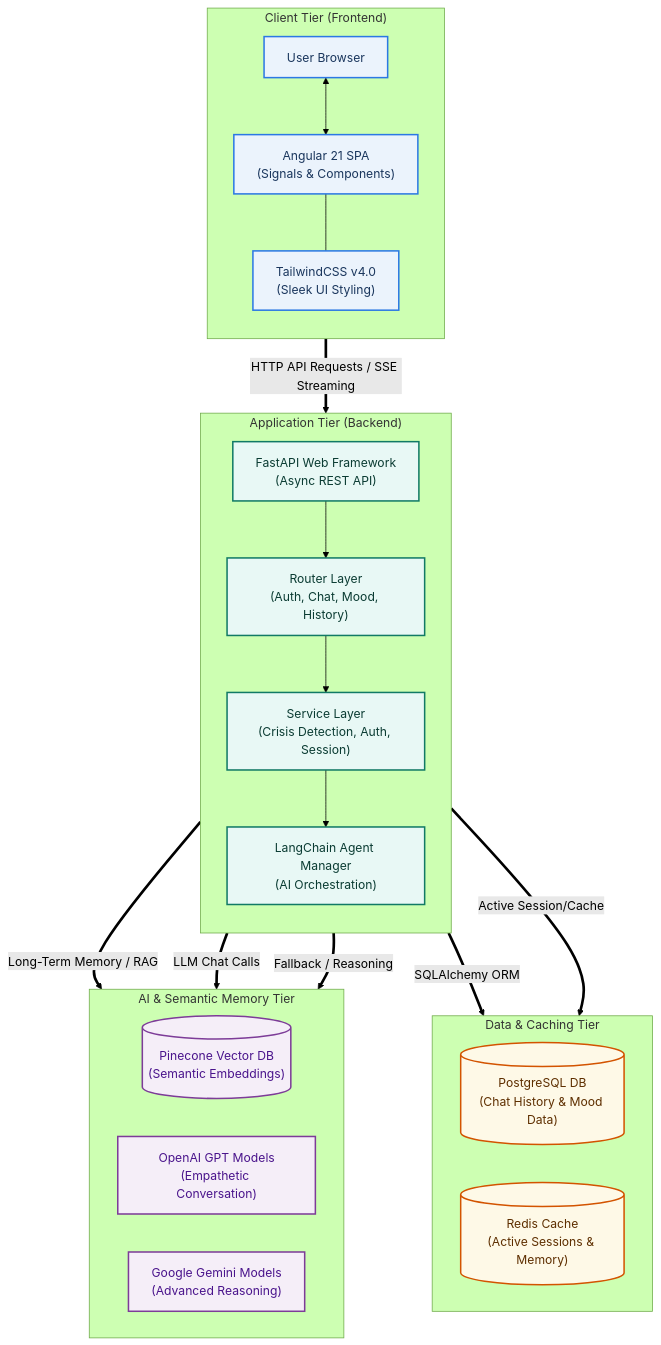
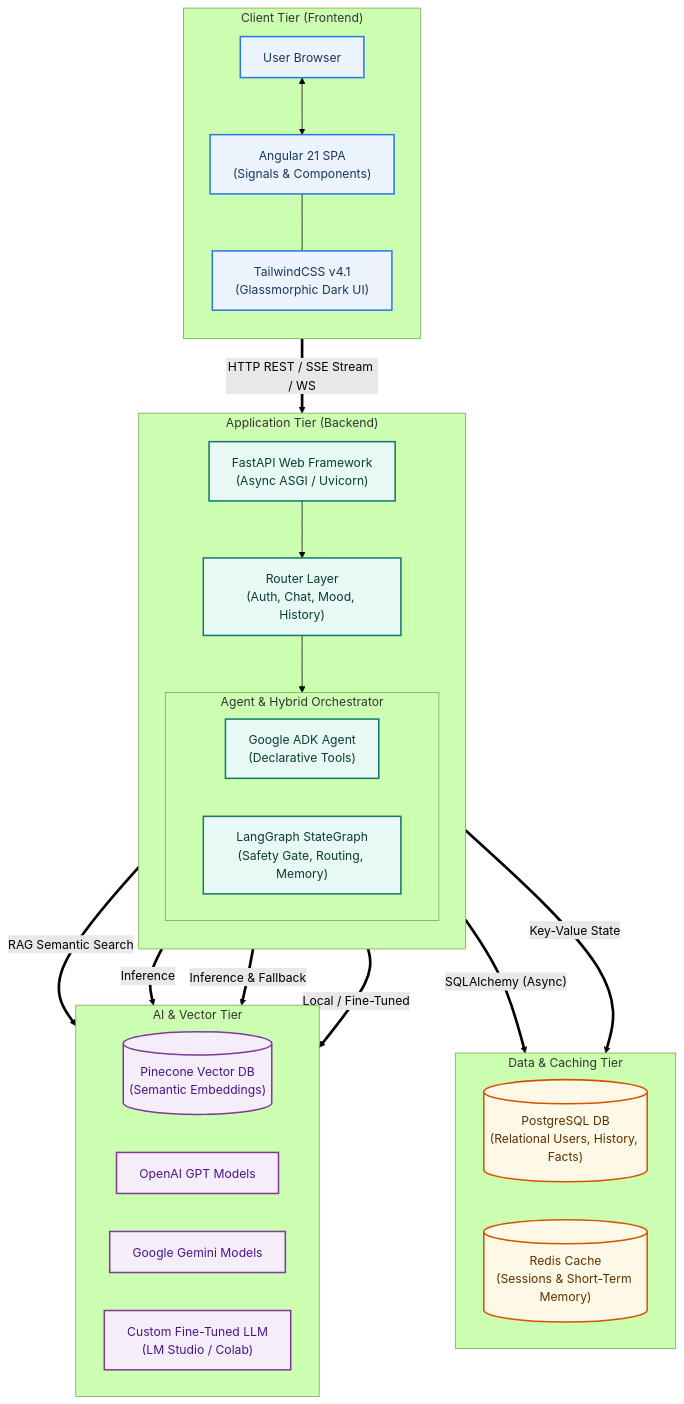
One commit to sandil2003/MOODZ changed the first of 2 diagrams in README.md. Above: the diagram before and after it, drawn with Mermaid (forest theme). The commit also changed other lines of this file, not shown here.

````diff
--- a/README.md
+++ b/README.md
@@ -67,60 +80,64 @@
 ```mermaid
 graph TB
     %% Client Tier
     subgraph ClientTier ["Client Tier (Frontend)"]
         direction TB
         Browser["User Browser"]
         AngularApp["Angular 21 SPA<br/>(Signals & Components)"]
-        Tailwind["TailwindCSS v4.0<br/>(Sleek UI Styling)"]
+        Tailwind["TailwindCSS v4.1<br/>(Glassmorphic Dark UI)"]
         
         Browser <--> AngularApp
         AngularApp --- Tailwind
     end
 
     %% Application Tier
     subgraph AppTier ["Application Tier (Backend)"]
         direction TB
-        FastAPI["FastAPI Web Framework<br/>(Async REST API)"]
+        FastAPI["FastAPI Web Framework<br/>(Async ASGI / Uvicorn)"]
         Router["Router Layer<br/>(Auth, Chat, Mood, History)"]
-        Services["Service Layer<br/>(Crisis Detection, Auth, Session)"]
-        LangChain["LangChain Agent Manager<br/>(AI Orchestration)"]
+        
+        subgraph Orchestration ["Agent & Hybrid Orchestrator"]
+            ADK["Google ADK Agent<br/>(Declarative Tools)"]
+            LangGraph["LangGraph StateGraph<br/>(Safety Gate, Routing, Memory)"]
+        end
         
         FastAPI --> Router
-        Router --> Services
-        Services --> LangChain
+        Router --> Orchestration
     end
 
     %% Data Tier
     subgraph DataTier ["Data & Caching Tier"]
         direction LR
-        Postgres[("PostgreSQL DB<br/>(Chat History & Mood Data)")]
-        RedisClient[("Redis Cache<br/>(Active Sessions & Memory)")]
+        Postgres[("PostgreSQL DB<br/>(Relational Users, History, Facts)")]
+        RedisClient[("Redis Cache<br/>(Sessions & Short-Term Memory)")]
     end
 
-    %% External AI Tier
-    subgraph AITier ["AI & Semantic Memory Tier"]
+    %% External & Custom AI Tier
+    subgraph AITier ["AI & Vector Tier"]
         direction LR
         Pinecone[("Pinecone Vector DB<br/>(Semantic Embeddings)")]
-        OpenAI["OpenAI GPT Models<br/>(Empathetic Conversation)"]
-        Gemini["Google Gemini Models<br/>(Advanced Reasoning)"]
+        OpenAI["OpenAI GPT Models"]
+        Gemini["Google Gemini Models"]
+        CustomLLM["Custom Fine-Tuned LLM<br/>(LM Studio / Colab)"]
     end
 
-    %% Cross-Tier Connections
-    AngularApp == "HTTP API Requests / SSE Streaming" ==> FastAPI
-    Services == "SQLAlchemy ORM" ==> Postgres
-    Services == "Active Session/Cache" ==> RedisClient
-    LangChain == "Long-Term Memory / RAG" ==> Pinecone
-    LangChain == "LLM Chat Calls" ==> OpenAI
-    LangChain == "Fallback / Reasoning" ==> Gemini
+    %% Connections
+    AngularApp == "HTTP REST / SSE Stream / WS" ==> FastAPI
+    Orchestration == "SQLAlchemy (Async)" ==> Postgres
+    Orchestration == "Key-Value State" ==> RedisClient
+    Orchestration == "RAG Semantic Search" ==> Pinecone
+    Orchestration == "Inference" ==> OpenAI
+    Orchestration == "Inference & Fallback" ==> Gemini
+    Orchestration == "Local / Fine-Tuned" ==> CustomLLM
 
-    %% Apply Styles
+    %% Styles
     classDef client fill:#EBF3FC,stroke:#2B78E4,stroke-width:2px,color:#1A365D;
     classDef backend fill:#E8F8F5,stroke:#117A65,stroke-width:2px,color:#0B3C33;
     classDef data fill:#FEF9E7,stroke:#D35400,stroke-width:2px,color:#5E2F00;
     classDef ai fill:#F5EEF8,stroke:#7D3C98,stroke-width:2px,color:#4A148C;
 
     class Browser,AngularApp,Tailwind client;
-    class FastAPI,Router,Services,LangChain backend;
+    class FastAPI,Router,ADK,LangGraph backend;
     class Postgres,RedisClient data;
-    class Pinecone,OpenAI,Gemini ai;
+    class Pinecone,OpenAI,Gemini,CustomLLM ai;
 ```
````
